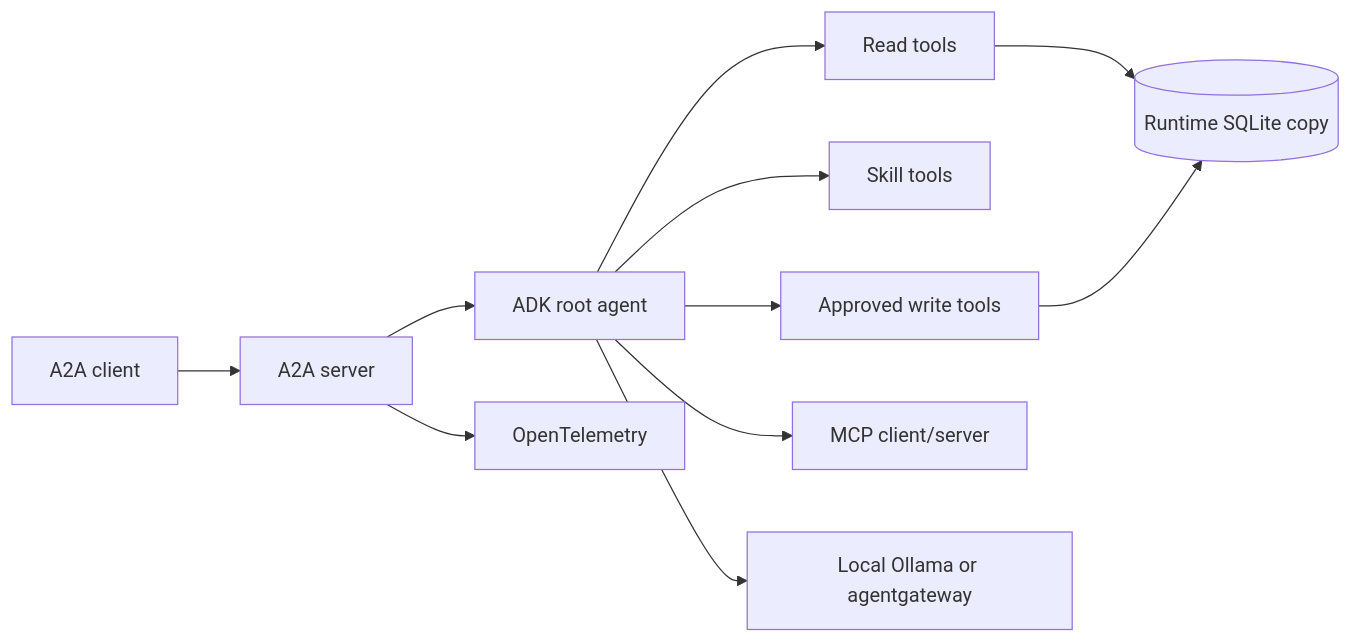
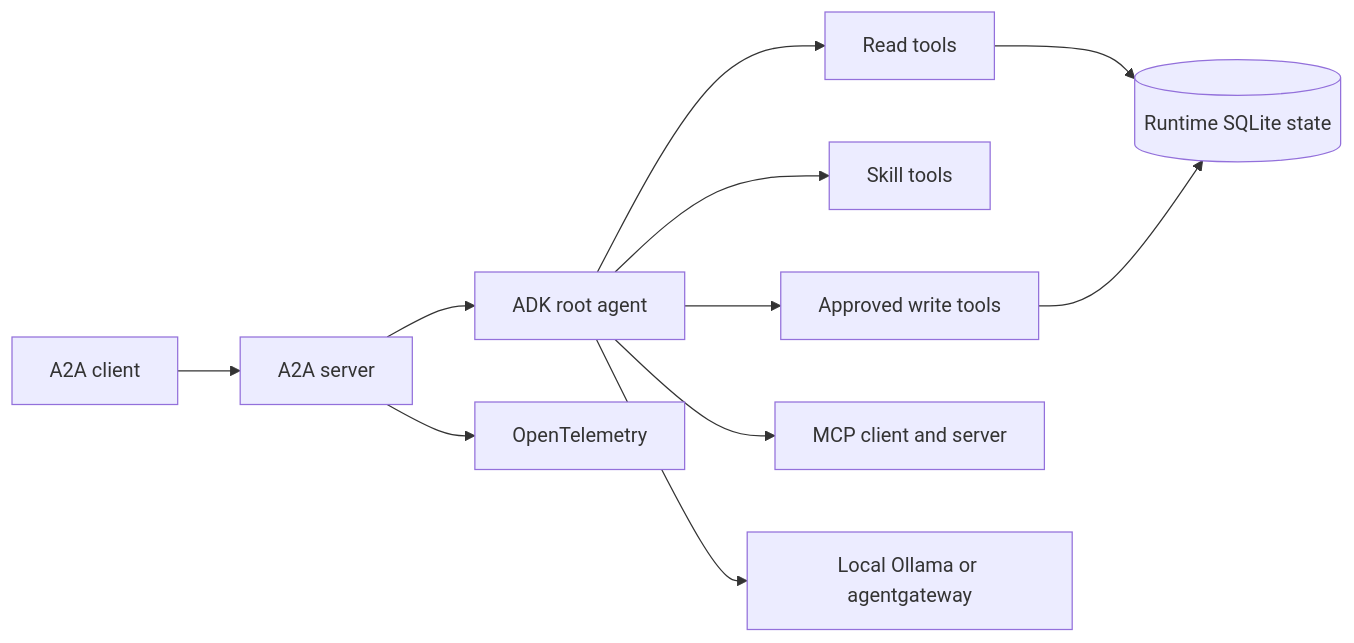
One commit to LuiGGi629/agentops-open-course changed the diagram in agents/README.md. Above: the diagram before and after it, drawn with Mermaid. The commit also changed other lines of this file and 114 other files, not shown here.

````diff
--- a/agents/README.md
+++ b/agents/README.md
@@ -12,13 +12,13 @@
 ```mermaid
 flowchart LR
     Client[A2A client] --> Server[A2A server]
     Server --> Agent[ADK root agent]
     Agent --> Read[Read tools]
     Agent --> Skills[Skill tools]
     Agent --> HITL[Approved write tools]
-    Read --> State[(Runtime SQLite copy)]
+    Read --> State[(Runtime SQLite state)]
     HITL --> State
-    Agent --> MCP[MCP client/server]
+    Agent --> MCP[MCP client and server]
     Agent --> Model[Local Ollama or agentgateway]
     Server --> OTel[OpenTelemetry]
 ```
````
